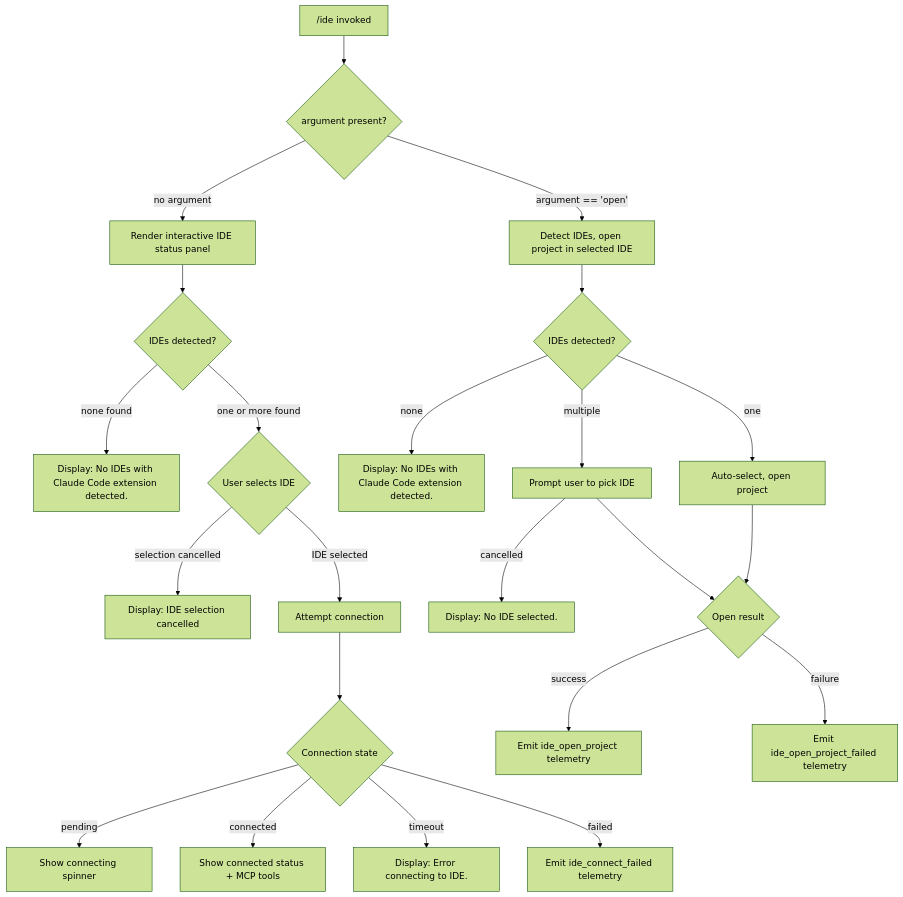
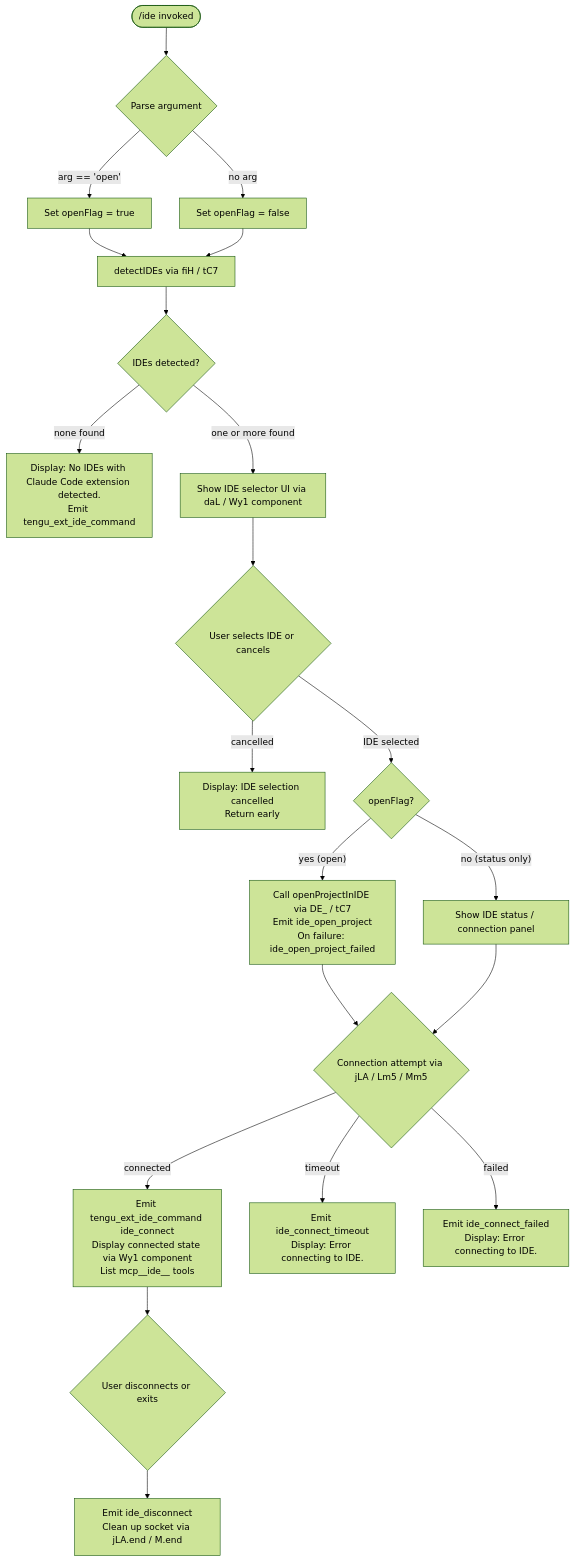
One commit to MyLittleLuckyDog/cc-gnothi changed the diagram in versions/v2.1.153/ide.md. Above: the diagram before and after it, drawn with Mermaid (forest theme). The commit also changed other lines of this file and 593 other files, not shown here.

````diff
--- a/versions/v2.1.153/ide.md
+++ b/versions/v2.1.153/ide.md
@@ -41,25 +55,23 @@
 ```mermaid
 flowchart TD
-    A["/ide invoked"] --> B{argument present?}
-    B -- "no argument" --> C[Render interactive IDE status panel]
-    B -- "argument == 'open'" --> D[Detect IDEs, open project in selected IDE]
-    C --> E{IDEs detected?}
-    E -- "none found" --> F["Display: No IDEs with Claude Code extension detected."]
-    E -- "one or more found" --> G{User selects IDE}
-    G -- "selection cancelled" --> H["Display: IDE selection cancelled"]
-    G -- "IDE selected" --> I[Attempt connection]
-    I --> J{Connection state}
-    J -- "pending" --> K[Show connecting spinner]
-    J -- "connected" --> L[Show connected status + MCP tools]
-    J -- "timeout" --> M["Display: Error connecting to IDE."]
-    J -- "failed" --> N["Emit ide_connect_failed telemetry"]
-    D --> O{IDEs detected?}
-    O -- "none" --> P["Display: No IDEs with Claude Code extension detected."]
-    O -- "one" --> Q[Auto-select, open project]
-    O -- "multiple" --> R[Prompt user to pick IDE]
-    R -- "cancelled" --> S["Display: No IDE selected."]
-    Q --> T{Open result}
-    R --> T
-    T -- "success" --> U["Emit ide_open_project telemetry"]
-    T -- "failure" --> V["Emit ide_open_project_failed telemetry"]
+    A(["/ide invoked"]) --> B{Parse argument}
+    B -- "arg == 'open'" --> C[Set openFlag = true]
+    B -- "no arg" --> D[Set openFlag = false]
+    C --> E[detectIDEs via fiH / tC7]
+    D --> E
+    E --> F{IDEs detected?}
+    F -- "none found" --> G["Display: No IDEs with Claude Code extension detected.\nEmit tengu_ext_ide_command"]
+    F -- "one or more found" --> H[Show IDE selector UI via daL / Wy1 component]
+    H --> I{User selects IDE or cancels}
+    I -- "cancelled" --> J["Display: IDE selection cancelled\nReturn early"]
+    I -- "IDE selected" --> K{openFlag?}
+    K -- "yes (open)" --> L["Call openProjectInIDE via DE_ / tC7\nEmit ide_open_project\nOn failure: ide_open_project_failed"]
+    K -- "no (status only)" --> M[Show IDE status / connection panel]
+    L --> N{Connection attempt via jLA / Lm5 / Mm5}
+    M --> N
+    N -- "connected" --> O["Emit tengu_ext_ide_command ide_connect\nDisplay connected state via Wy1 component\nList mcp__ide__ tools"]
+    N -- "timeout" --> P["Emit ide_connect_timeout\nDisplay: Error connecting to IDE."]
+    N -- "failed" --> Q["Emit ide_connect_failed\nDisplay: Error connecting to IDE."]
+    O --> R{User disconnects or exits}
+    R --> S["Emit ide_disconnect\nClean up socket via jLA.end / M.end"]
 ```
````
